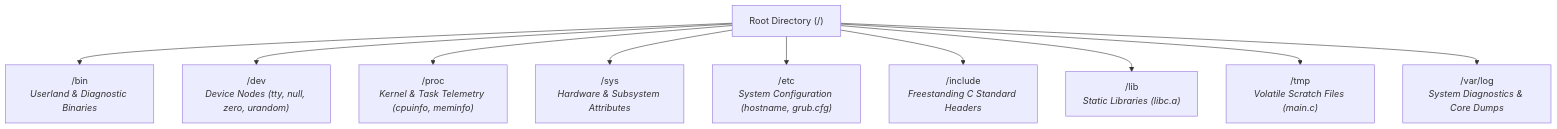
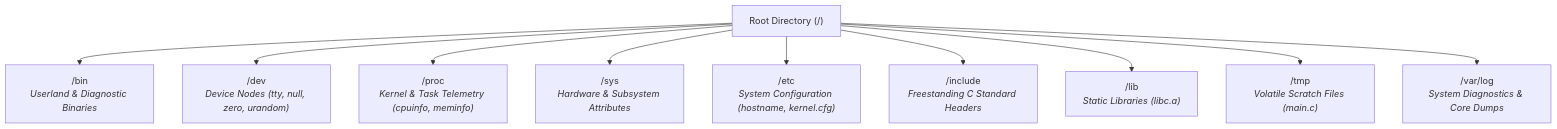
The diagram in docs/journey/canonical_fhs_v070.md (mrvlous/keira), drawn with Mermaid before and after one commit. The commit also changed other lines of this file and 2 other files, not shown here.

Commit message:
docs(fs): purge synthetic grub configuration references from architecture docs

````diff
--- a/docs/journey/canonical_fhs_v070.md
+++ b/docs/journey/canonical_fhs_v070.md
@@ -18,12 +18,12 @@
 ```mermaid
 graph TD
     Root["Root Directory (/)"] --> Bin["/bin<br/><i>Userland & Diagnostic Binaries</i>"]
     Root --> Dev["/dev<br/><i>Device Nodes (tty, null, zero, urandom)</i>"]
     Root --> Proc["/proc<br/><i>Kernel & Task Telemetry (cpuinfo, meminfo)</i>"]
     Root --> Sys["/sys<br/><i>Hardware & Subsystem Attributes</i>"]
-    Root --> Etc["/etc<br/><i>System Configuration (hostname, grub.cfg)</i>"]
+    Root --> Etc["/etc<br/><i>System Configuration (hostname, kernel.cfg)</i>"]
     Root --> Include["/include<br/><i>Freestanding C Standard Headers</i>"]
     Root --> Lib["/lib<br/><i>Static Libraries (libc.a)</i>"]
     Root --> Tmp["/tmp<br/><i>Volatile Scratch Files (main.c)</i>"]
     Root --> Var["/var/log<br/><i>System Diagnostics & Core Dumps</i>"]
 ```
````
